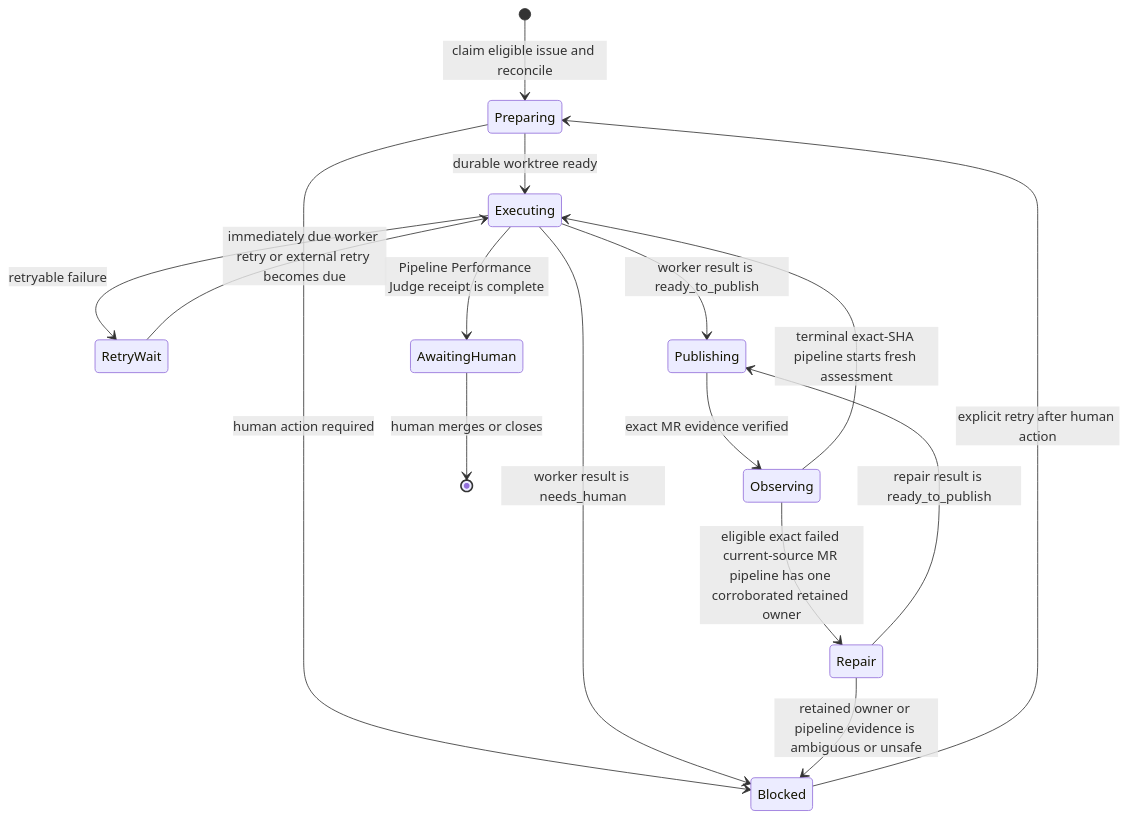
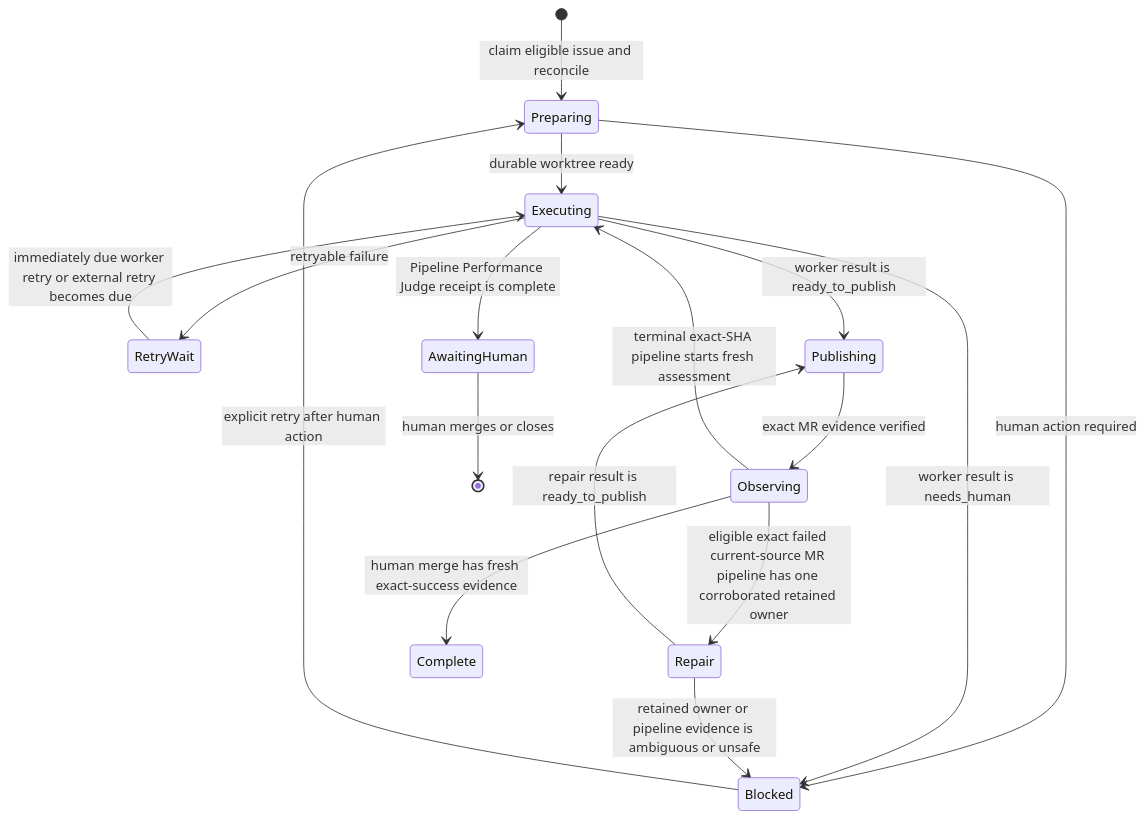
Before and after one commit to dfwguy/nvis-ova-agentic-copier: the diagram in template/docs/explanation/serial-agent-loop-recovery-design.md, drawn with Mermaid. The commit also changed other lines of this file and 8 other files, not shown here.

````diff
--- a/template/docs/explanation/serial-agent-loop-recovery-design.md
+++ b/template/docs/explanation/serial-agent-loop-recovery-design.md
@@ -97,18 +97,19 @@
 ```mermaid
 stateDiagram-v2
     [*] --> Preparing: claim eligible issue and reconcile
     Preparing --> Executing: durable worktree ready
     Executing --> RetryWait: retryable failure
     RetryWait --> Executing: immediately due worker retry or external retry becomes due
     Executing --> Publishing: worker result is ready_to_publish
     Publishing --> Observing: exact MR evidence verified
     Observing --> Repair: eligible exact failed current-source MR pipeline has one corroborated retained owner
+    Observing --> Complete: human merge has fresh exact-success evidence
     Observing --> Executing: terminal exact-SHA pipeline starts fresh assessment
     Repair --> Publishing: repair result is ready_to_publish
     Executing --> AwaitingHuman: Pipeline Performance Judge receipt is complete
     Preparing --> Blocked: human action required
     Executing --> Blocked: worker result is needs_human
     Repair --> Blocked: retained owner or pipeline evidence is ambiguous or unsafe
     Blocked --> Preparing: explicit retry after human action
     AwaitingHuman --> [*]: human merges or closes
 ```
````
